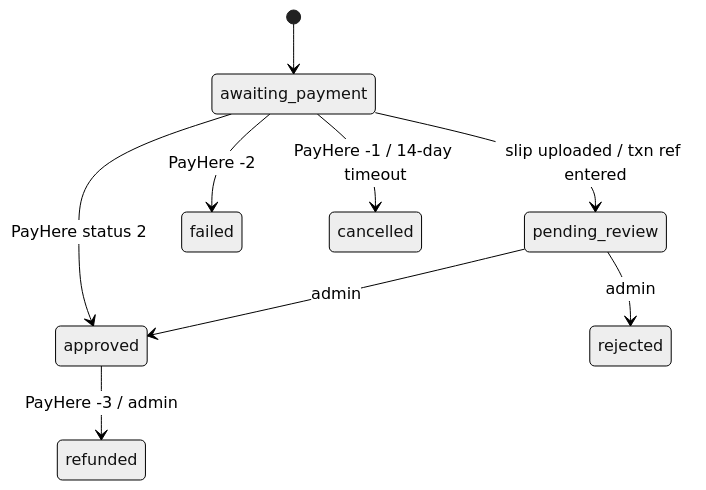
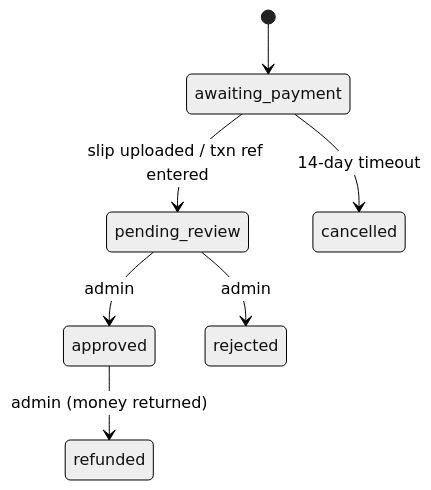
The second of 2 diagrams in docs/05-SCHEMA.md (ceybyte/CeyByte.com), drawn with Mermaid (neutral theme) before and after one commit. The commit also changed other lines of this file and 7 other files, not shown here.

First line of the commit message:
docs(donate)!: drop PayHere and LankaQR, keep bank transfer only

````diff
--- a/docs/05-SCHEMA.md
+++ b/docs/05-SCHEMA.md
@@ -815,11 +813,9 @@
 ```mermaid
 stateDiagram-v2
   [*] --> awaiting_payment
   awaiting_payment --> pending_review: slip uploaded / txn ref entered
-  awaiting_payment --> approved: PayHere status 2
-  awaiting_payment --> failed: PayHere -2
-  awaiting_payment --> cancelled: PayHere -1 / 14-day timeout
+  awaiting_payment --> cancelled: 14-day timeout
   pending_review --> approved: admin
   pending_review --> rejected: admin
-  approved --> refunded: PayHere -3 / admin
+  approved --> refunded: admin (money returned)
 ```
````
